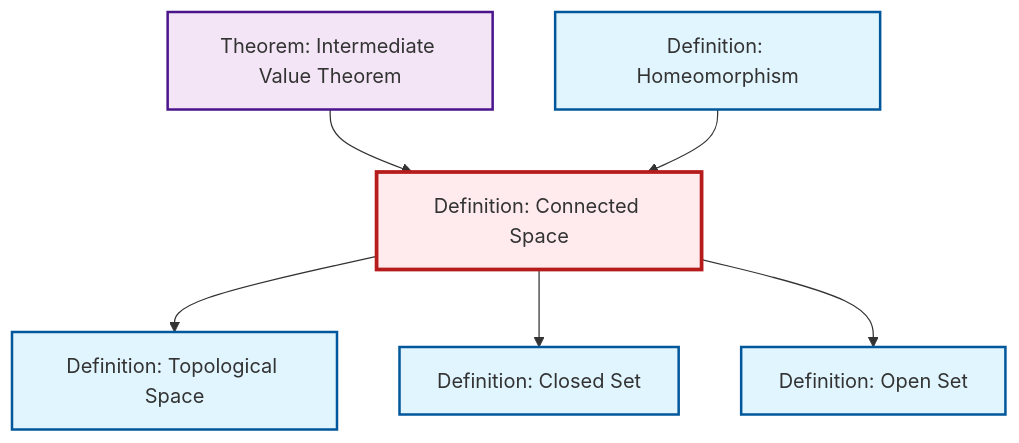
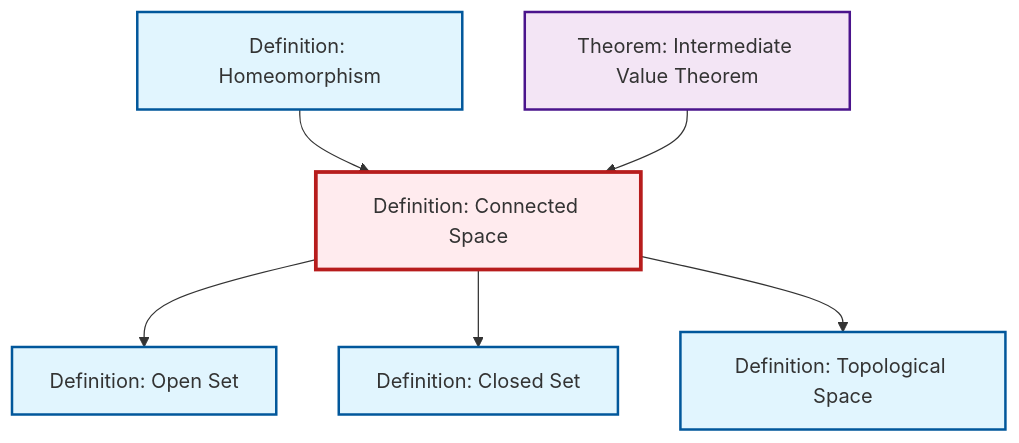
One commit to RK0429/ModernMath changed the diagram in content/en/topology/def-connected.qmd. Above: the diagram before and after it, drawn with Mermaid. The commit also changed other lines of this file and 619 other files, not shown here.

````diff
--- a/content/en/topology/def-connected.qmd
+++ b/content/en/topology/def-connected.qmd
@@ -49,26 +49,26 @@
 ```{mermaid}
 %%| fig-cap: "Local dependency graph"
 graph TD
     classDef definition fill:#e1f5fe,stroke:#01579b,stroke-width:2px
     classDef theorem fill:#f3e5f5,stroke:#4a148c,stroke-width:2px
     classDef axiom fill:#fff3e0,stroke:#e65100,stroke-width:2px
     classDef example fill:#e8f5e9,stroke:#1b5e20,stroke-width:2px
     classDef current fill:#ffebee,stroke:#b71c1c,stroke-width:3px
+    thm-intermediate-value["Theorem: Intermediate Value Theorem"]:::theorem
+    def-open-set["Definition: Open Set"]:::definition
+    def-connected["Definition: Connected Space"]:::definition
+    def-topological-space["Definition: Topological Space"]:::definition
     def-closed-set["Definition: Closed Set"]:::definition
-    thm-intermediate-value["Theorem: Intermediate Value Theorem"]:::theorem
-    def-topological-space["Definition: Topological Space"]:::definition
-    def-connected["Definition: Connected Space"]:::definition
     def-homeomorphism["Definition: Homeomorphism"]:::definition
-    def-open-set["Definition: Open Set"]:::definition
-    def-connected --> def-topological-space
+    def-connected --> def-open-set
+    def-homeomorphism --> def-connected
     thm-intermediate-value --> def-connected
     def-connected --> def-closed-set
-    def-homeomorphism --> def-connected
-    def-connected --> def-open-set
+    def-connected --> def-topological-space
     class def-connected current
+    click thm-intermediate-value "thm-intermediate-value.html" "Go to Intermediate Value Theorem theorem"
+    click def-open-set "def-open-set.html" "Go to Open Set definition"
+    click def-topological-space "def-topological-space.html" "Go to Topological Space definition"
     click def-closed-set "def-closed-set.html" "Go to Closed Set definition"
-    click thm-intermediate-value "thm-intermediate-value.html" "Go to Intermediate Value Theorem theorem"
-    click def-topological-space "def-topological-space.html" "Go to Topological Space definition"
     click def-homeomorphism "def-homeomorphism.html" "Go to Homeomorphism definition"
-    click def-open-set "def-open-set.html" "Go to Open Set definition"
 ```
````
